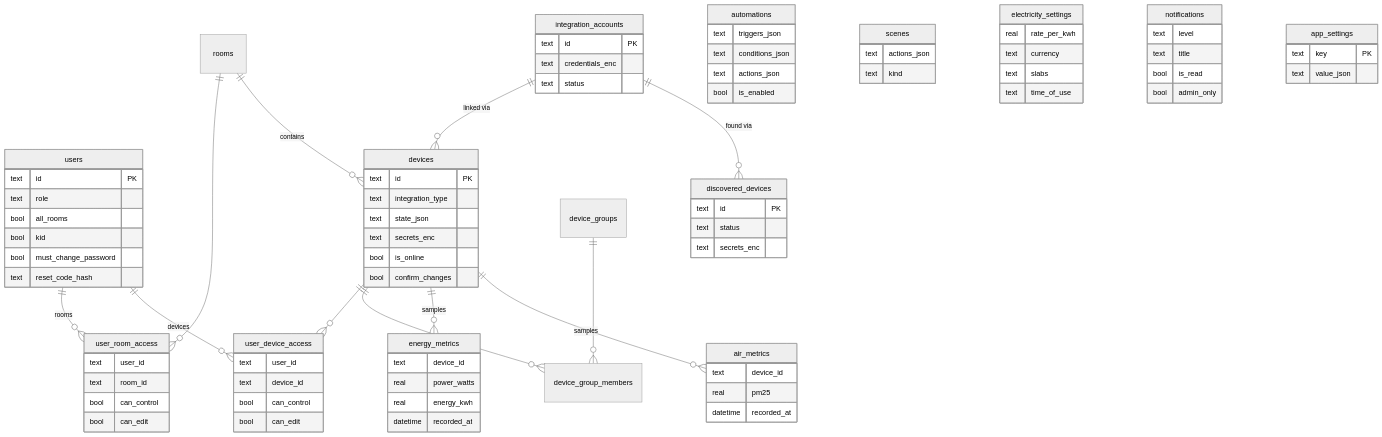
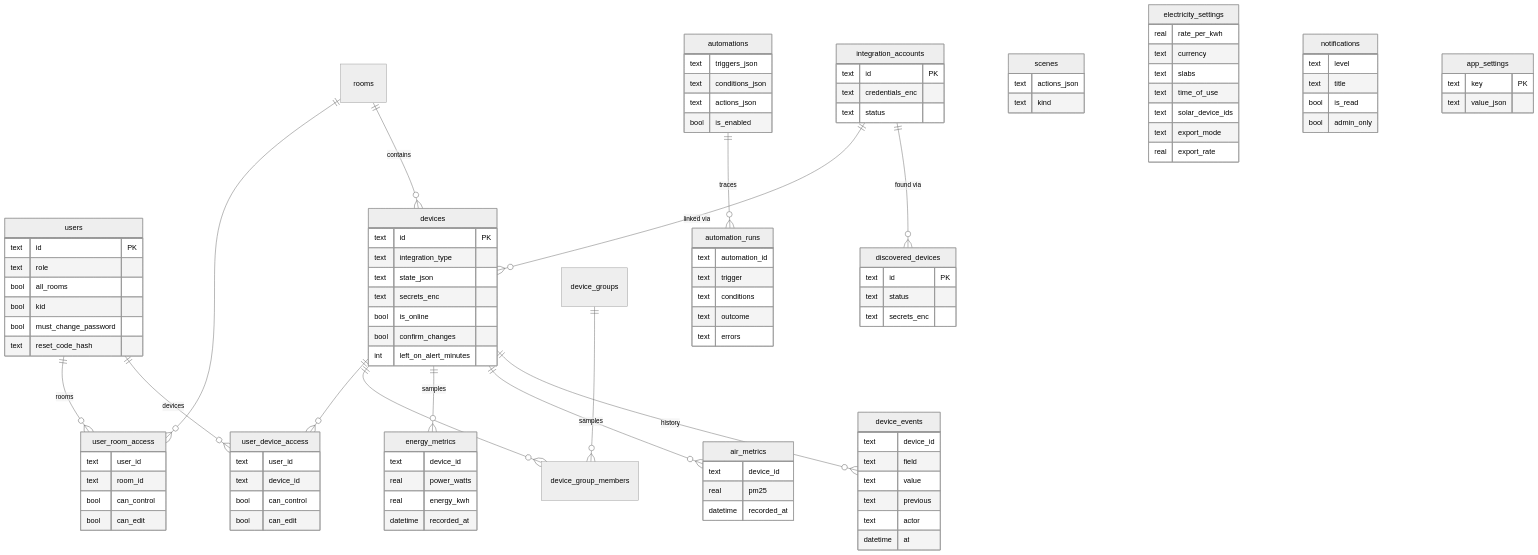
One commit to aiyu-ayaan/Domus changed the second of 2 diagrams in README.md. Above: the diagram before and after it, drawn with Mermaid (neutral theme). The commit also changed other lines of this file, not shown here.

Commit message:
docs(Readme) : Add the Matter bridge, history, automation runs, alerts, weather, standby and solar to the features, diagrams and guides

```diff
--- a/README.md
+++ b/README.md
@@ -103,6 +119,8 @@
     device_groups ||--o{ device_group_members : ""
     devices ||--o{ energy_metrics : samples
     devices ||--o{ air_metrics : samples
+    devices ||--o{ device_events : history
+    automations ||--o{ automation_runs : traces
     users {
         text id PK
         text role
@@ -130,6 +148,22 @@
         text secrets_enc
         bool is_online
         bool confirm_changes
+        int left_on_alert_minutes
+    }
+    device_events {
+        text device_id
+        text field
+        text value
+        text previous
+        text actor
+        datetime at
+    }
+    automation_runs {
+        text automation_id
+        text trigger
+        text conditions
+        text outcome
+        text errors
     }
     discovered_devices {
         text id PK
@@ -167,6 +201,9 @@
         text currency
         text slabs
         text time_of_use
+        text solar_device_ids
+        text export_mode
+        real export_rate
     }
     notifications {
         text level
```
